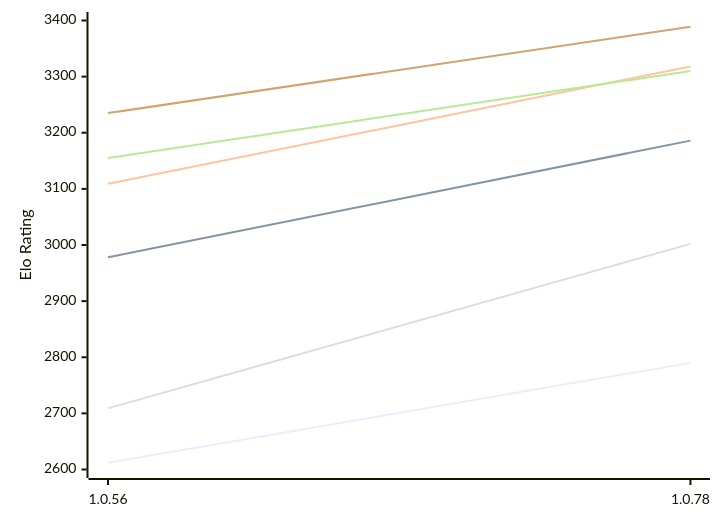
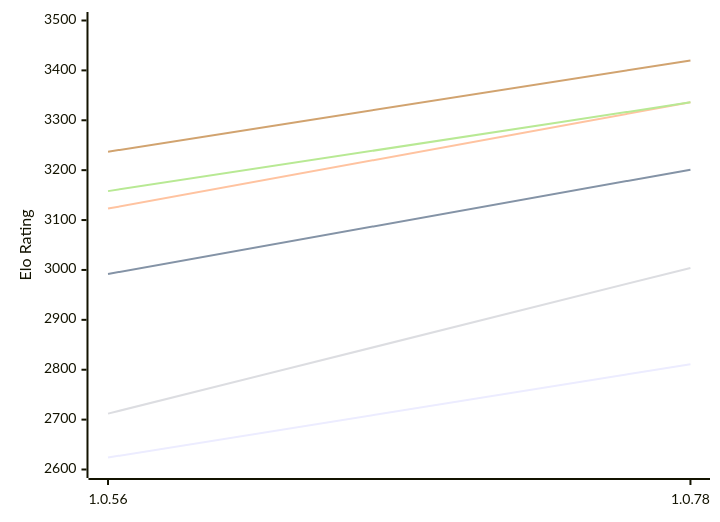
The first of 2 diagrams in engines/RustyRival.md (computer-chess-index/cci), drawn with Mermaid before and after one commit. The commit also changed other lines of this file, not shown here.

Commit message:
Update CCI Ratings (ELO VLTC) - 2026-10-22

````diff
--- a/engines/RustyRival.md
+++ b/engines/RustyRival.md
@@ -63,12 +63,12 @@
 ```mermaid
 %%{init: {"theme":"base","themeVariables":{"seriesColors:['#a3a3a3','#222221','#faa371']}}}%%
 xychart-beta
   x-axis ["1.0.56", "1.0.78"]
-  y-axis "Elo Rating" 2600 --> 3400
-  line "E1: STC (8.0+0.08s)" [2612, 2790]
-  line "E1: LTC (60.0+0.60s)" [2978, 3186]
-  line "E1: VLTC (2m24s+1.12s)" [3109, 3318]
-  line "P1: STC (8.0+0.08s)" [2709, 3002]
-  line "P1: LTC (60.0+0.60s)" [3155, 3310]
-  line "P1: VLTC (2m24s+1.12s)" [3235, 3389]
+  y-axis "Elo Rating" 2600 --> 3500
+  line "E1: STC (8.0+0.08s)" [2624, 2811]
+  line "E1: LTC (60.0+0.60s)" [2992, 3201]
+  line "E1: VLTC (2m24s+1.12s)" [3123, 3336]
+  line "P1: STC (8.0+0.08s)" [2712, 3004]
+  line "P1: LTC (60.0+0.60s)" [3158, 3336]
+  line "P1: VLTC (2m24s+1.12s)" [3237, 3420]
 ```
````
